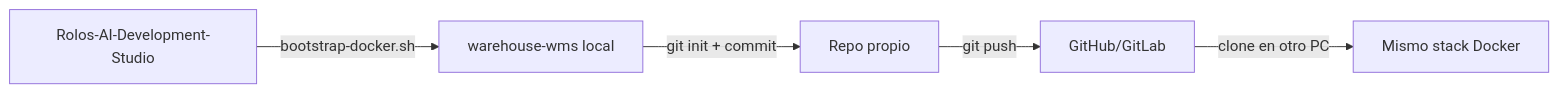
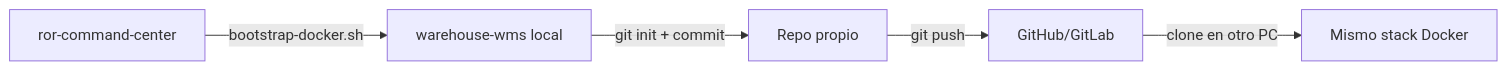
One commit to Rohega/ror-command-center changed the diagram in examples/warehouse-wms/docs/MIGRATE-TO-OWN-REPO.md. Above: the diagram before and after it, drawn with Mermaid. The commit also changed other lines of this file and 3 other files, not shown here.

First line of the commit message:
chore: rename repo references to ror-command-center

````diff
--- a/examples/warehouse-wms/docs/MIGRATE-TO-OWN-REPO.md
+++ b/examples/warehouse-wms/docs/MIGRATE-TO-OWN-REPO.md
@@ -9,7 +9,7 @@
 ```mermaid
 flowchart LR
-    A[Rolos-AI-Development-Studio] -->|bootstrap-docker.sh| B[warehouse-wms local]
+    A[ror-command-center] -->|bootstrap-docker.sh| B[warehouse-wms local]
     B -->|git init + commit| C[Repo propio]
     C -->|git push| D[GitHub/GitLab]
     D -->|clone en otro PC| E[Mismo stack Docker]
 ```
````
